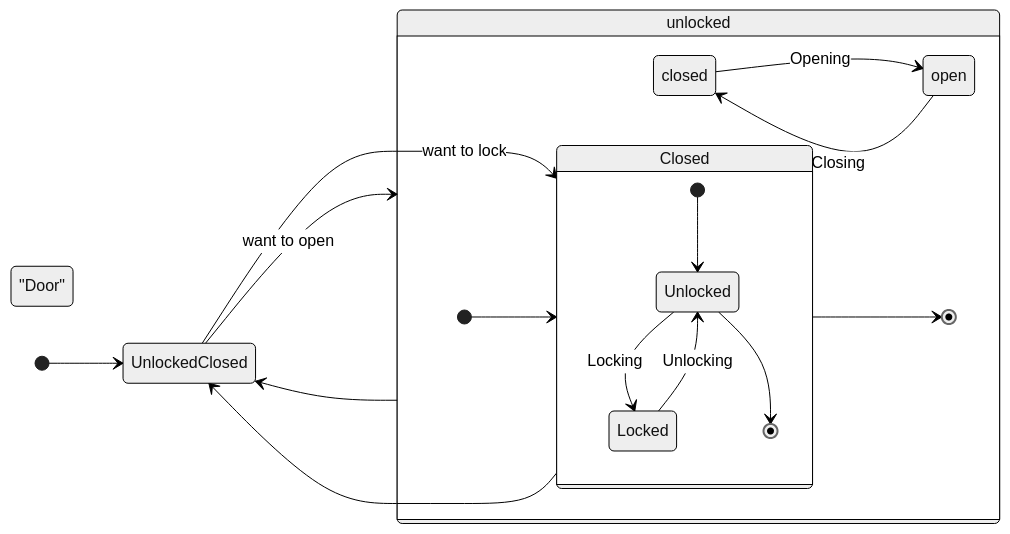
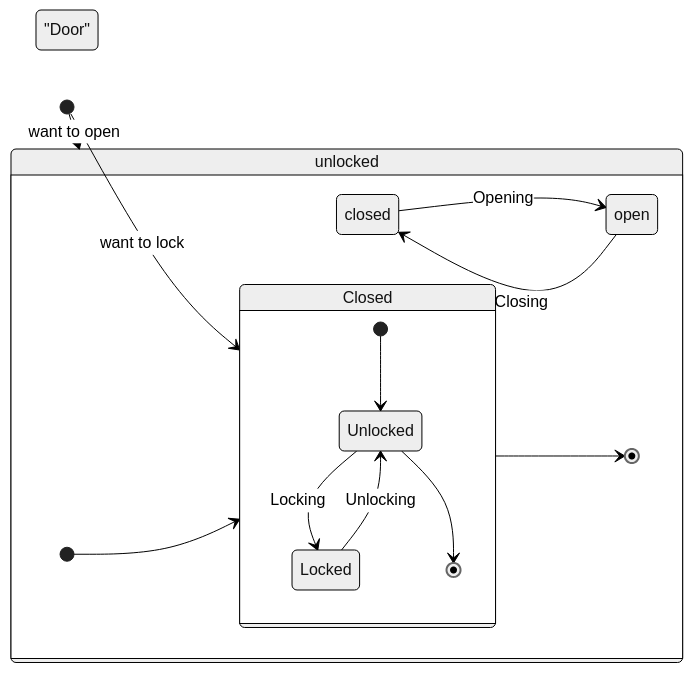
Before and after one commit to fletchjp/StateMachine: the seventh of 7 diagrams in README.md, drawn with Mermaid (neutral theme).

Commit message:
Update README.md
Simplify

````diff
--- a/README.md
+++ b/README.md
@@ -84,22 +84,19 @@
 ```mermaid
    stateDiagram-v2
    direction LR
    state: "Door"
-   [*] --> UnlockedClosed
-   UnlockedClosed --> Closed : want to lock
-   UnlockedClosed --> unlocked : want to open
+   [*] --> Closed : want to lock
+   [*] --> unlocked : want to open
    state Closed {
    [*] --> Unlocked
    Unlocked --> Locked : Locking
    Locked --> Unlocked : Unlocking
    Unlocked --> [*]
    }
-   Closed --> UnlockedClosed
    state unlocked {
    [*] --> Closed
    closed --> open : Opening
    open --> closed : Closing
    Closed --> [*]
    }
-   unlocked --> UnlockedClosed
 ```
````
